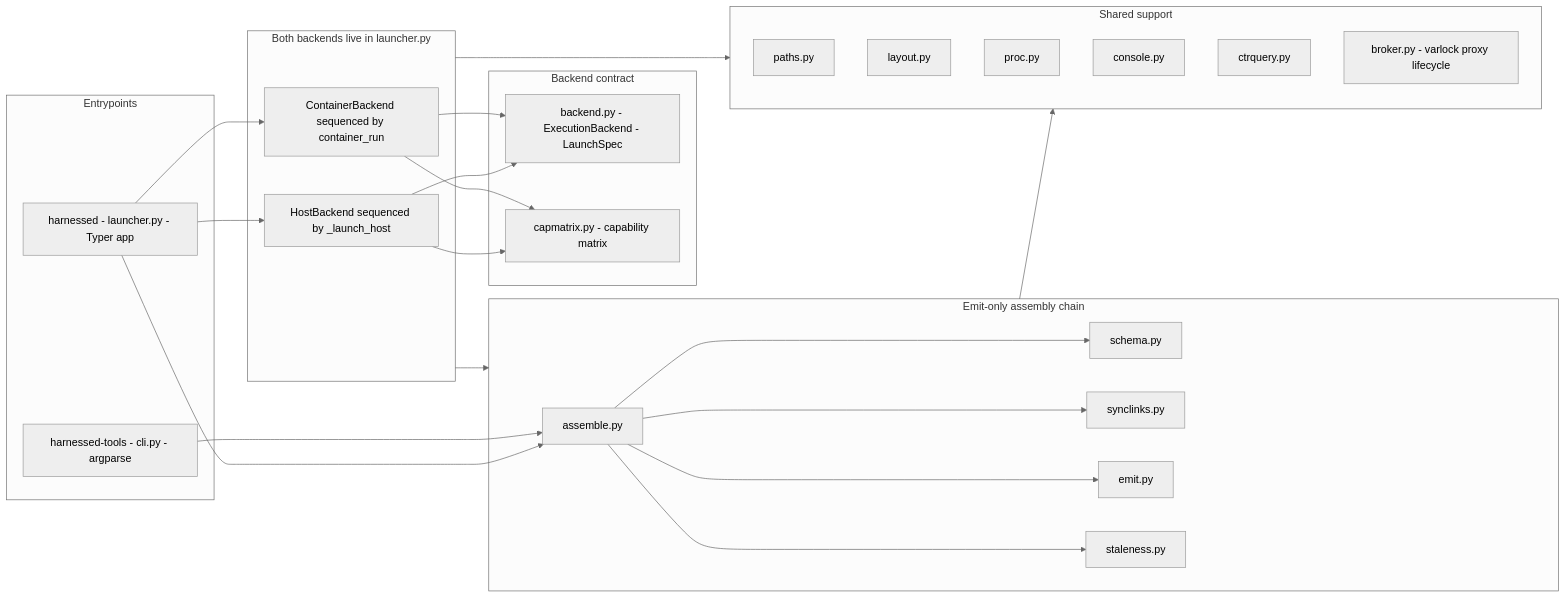
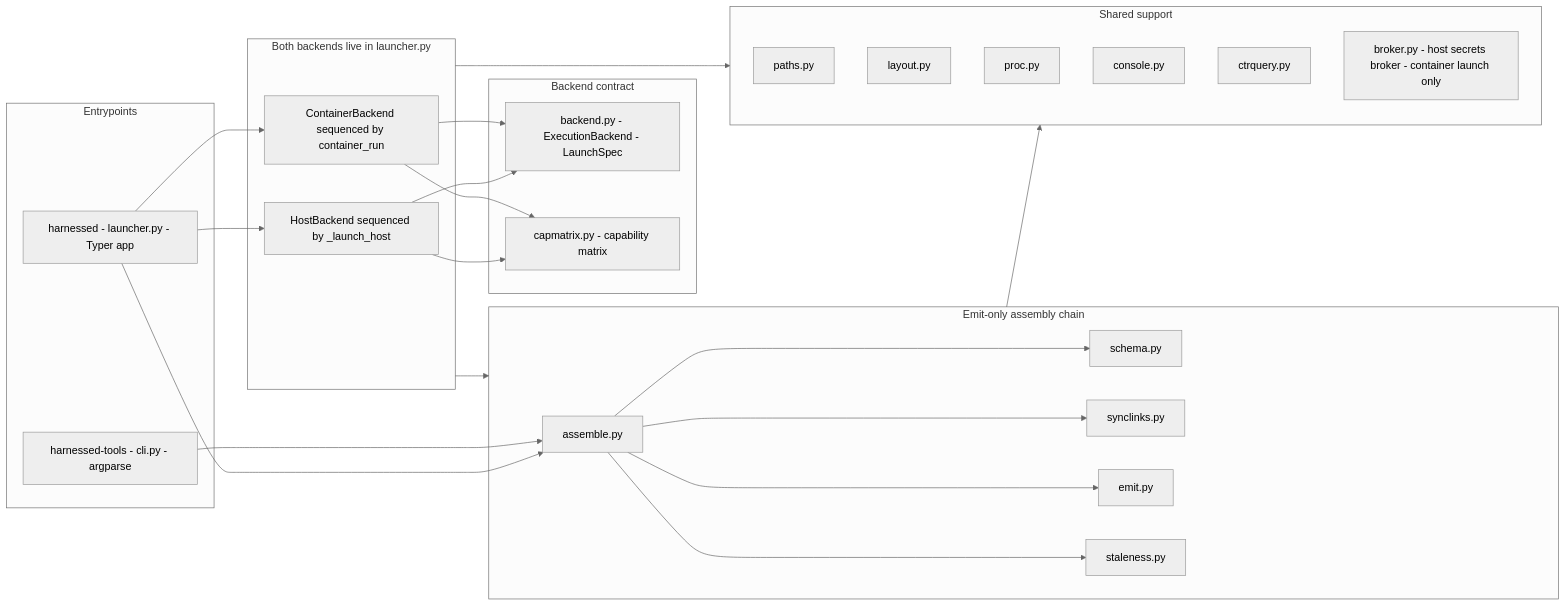
One commit to drmikecrowe/harnessed changed the second of 2 diagrams in openwiki/architecture/overview.md. Above: the diagram before and after it, drawn with Mermaid (neutral theme). The commit also changed other lines of this file and 44 other files, not shown here.

````diff
--- a/openwiki/architecture/overview.md
+++ b/openwiki/architecture/overview.md
@@ -209,45 +279,45 @@
 ```mermaid
 flowchart LR
     subgraph entry["Entrypoints"]
         verb["harnessed - launcher.py - Typer app"]
         tools["harnessed-tools - cli.py - argparse"]
     end
     subgraph impl["Both backends live in launcher.py"]
         hostb["HostBackend sequenced by _launch_host"]
         ctrb["ContainerBackend sequenced by container_run"]
     end
     subgraph contractG["Backend contract"]
         backendm["backend.py - ExecutionBackend - LaunchSpec"]
         capm["capmatrix.py - capability matrix"]
     end
     subgraph assemblyG["Emit-only assembly chain"]
         assem["assemble.py"]
         schemam["schema.py"]
         syncm["synclinks.py"]
         emitm["emit.py"]
         stalem["staleness.py"]
     end
     subgraph supportG["Shared support"]
         pathsm["paths.py"]
         layoutm["layout.py"]
         procm["proc.py"]
         consolem["console.py"]
         ctrqm["ctrquery.py"]
-        broker["broker.py - varlock proxy lifecycle"]
+        broker["broker.py - host secrets broker - container launch only"]
     end
     verb --> hostb
     verb --> ctrb
     verb --> assem
     tools --> assem
     hostb --> backendm
     ctrb --> backendm
     hostb --> capm
     ctrb --> capm
     assem --> schemam
     assem --> syncm
     assem --> emitm
     assem --> stalem
     impl --> assemblyG
     impl --> supportG
     assemblyG --> supportG
 ```
````
